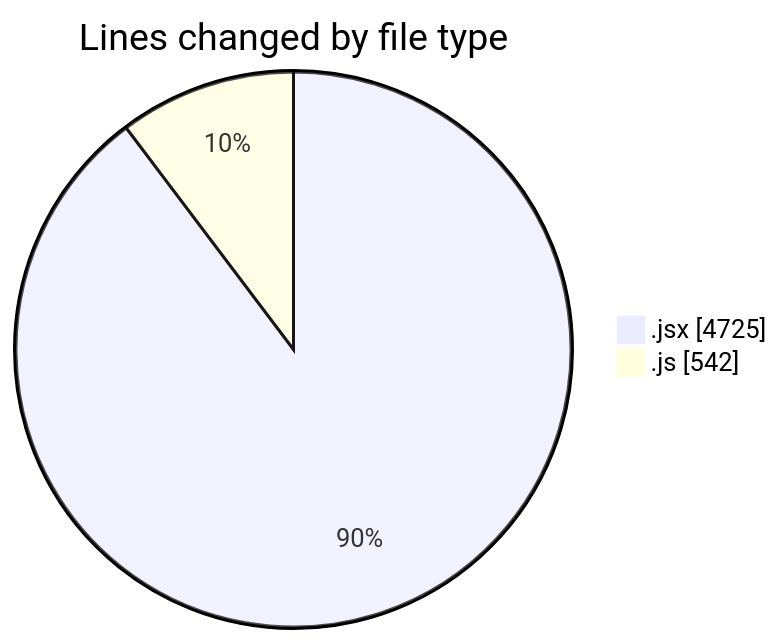
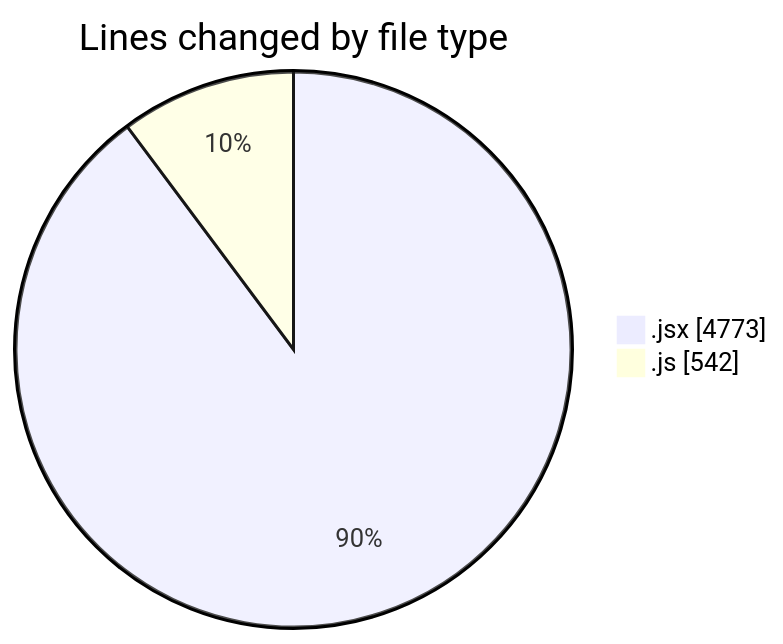
One commit to nxtqubesakshisongat/code-tracking changed the first of 2 diagrams in 2026-01-07/nxtqube_webapp/README.md. Above: the diagram before and after it, drawn with Mermaid. The commit also changed other lines of this file and 1 other file, not shown here.

````diff
--- a/2026-01-07/nxtqube_webapp/README.md
+++ b/2026-01-07/nxtqube_webapp/README.md
@@ -26,6 +26,6 @@
 ```mermaid
 pie showData
 title Lines changed by file type
-".jsx" : 4725
+".jsx" : 4773
 ".js" : 542
 ```
````
